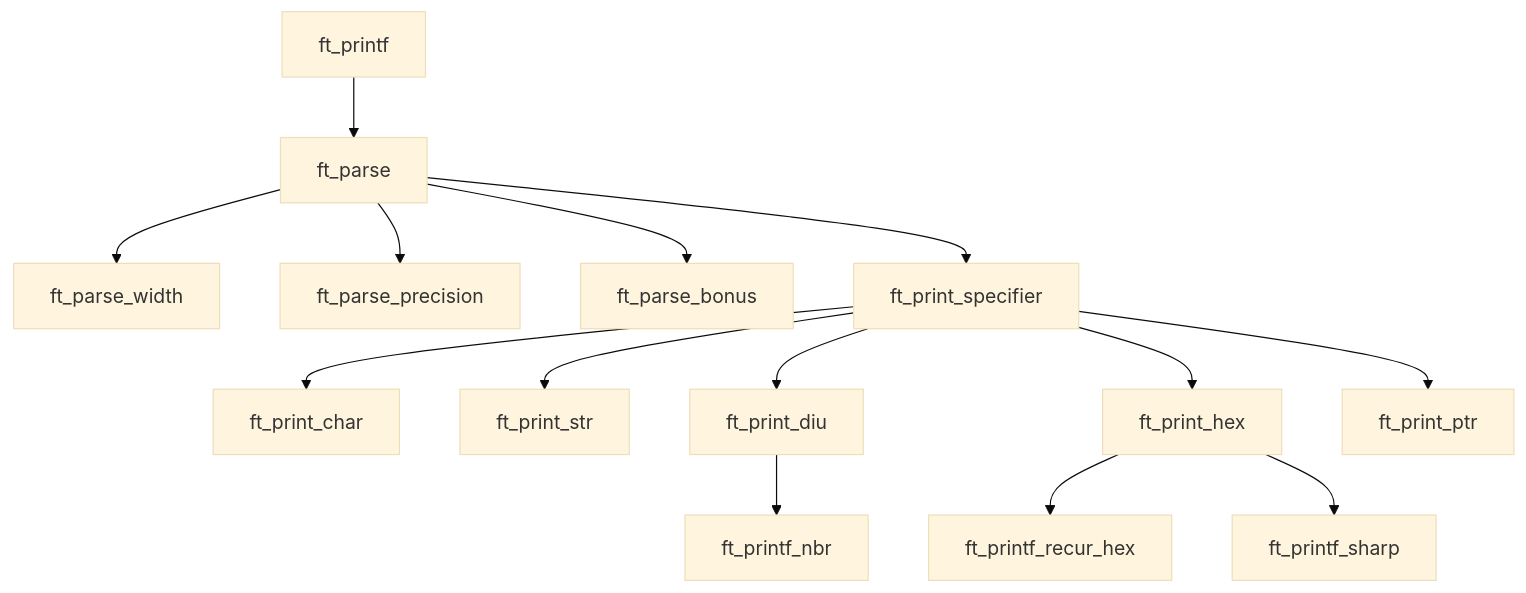
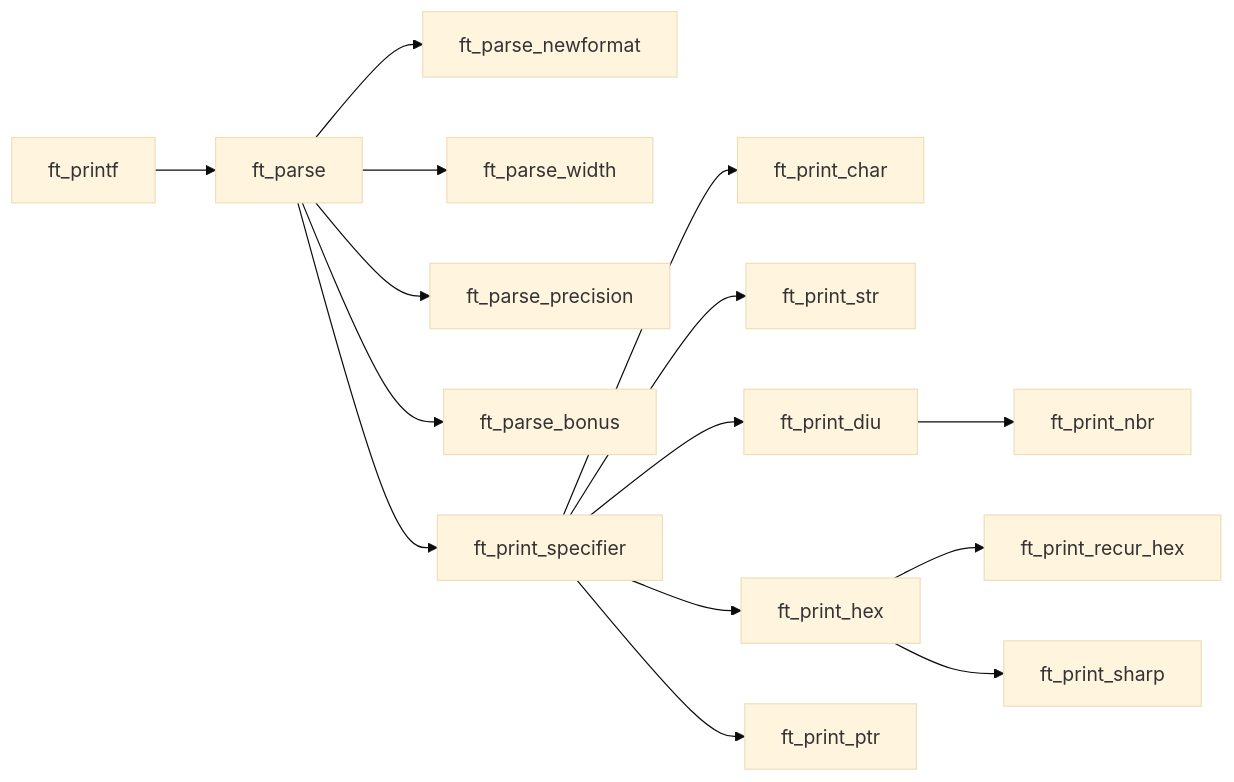
The diagram in README.md (PedroZappa/42_ft_printf), drawn with Mermaid (base theme) before and after one commit.

Commit message:
README.md : tweak

````diff
--- a/README.md
+++ b/README.md
@@ -141,16 +141,17 @@
 ```mermaid
-graph TD;
+graph LR;
     ft_printf-->ft_parse;
+    ft_parse-->ft_parse_newformat;
     ft_parse-->ft_parse_width;
     ft_parse-->ft_parse_precision;
     ft_parse-->ft_parse_bonus;
     ft_parse-->ft_print_specifier;
     ft_print_specifier-->ft_print_char;
     ft_print_specifier-->ft_print_str;
     ft_print_specifier-->ft_print_diu;
     ft_print_specifier-->ft_print_hex;
     ft_print_specifier-->ft_print_ptr;
-    ft_print_diu-->ft_printf_nbr;
-    ft_print_hex-->ft_printf_recur_hex;
-    ft_print_hex-->ft_printf_sharp;
+    ft_print_diu-->ft_print_nbr;
+    ft_print_hex-->ft_print_recur_hex;
+    ft_print_hex-->ft_print_sharp;
 ```
````
